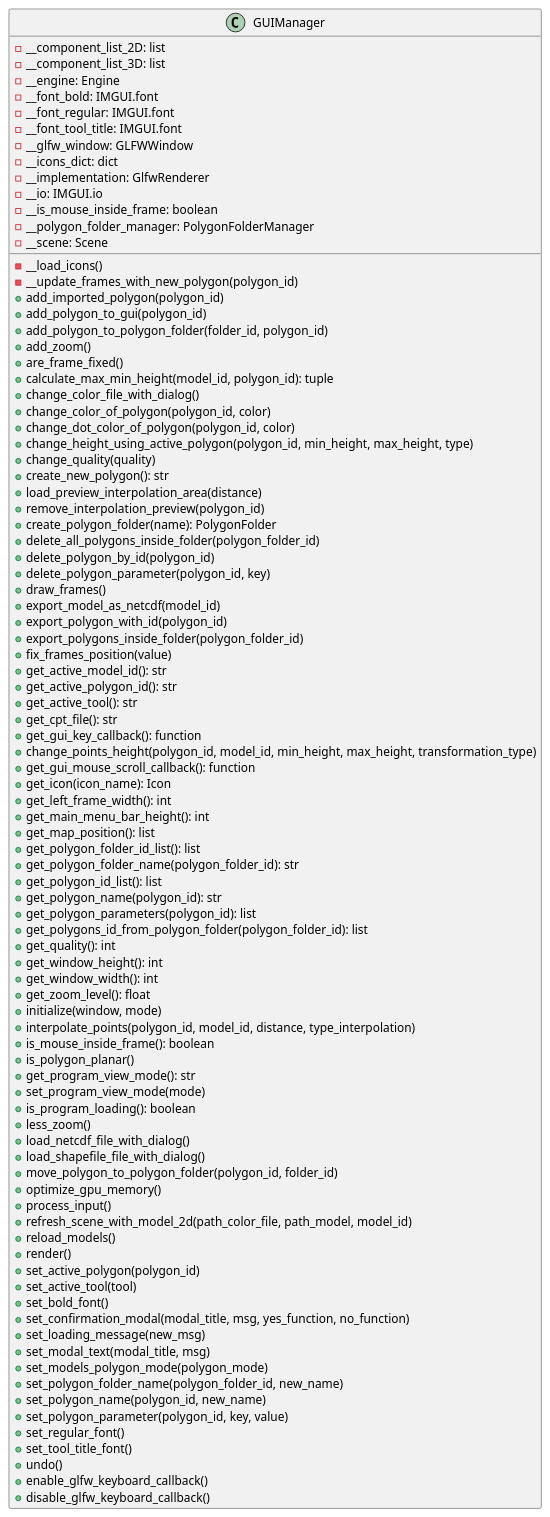
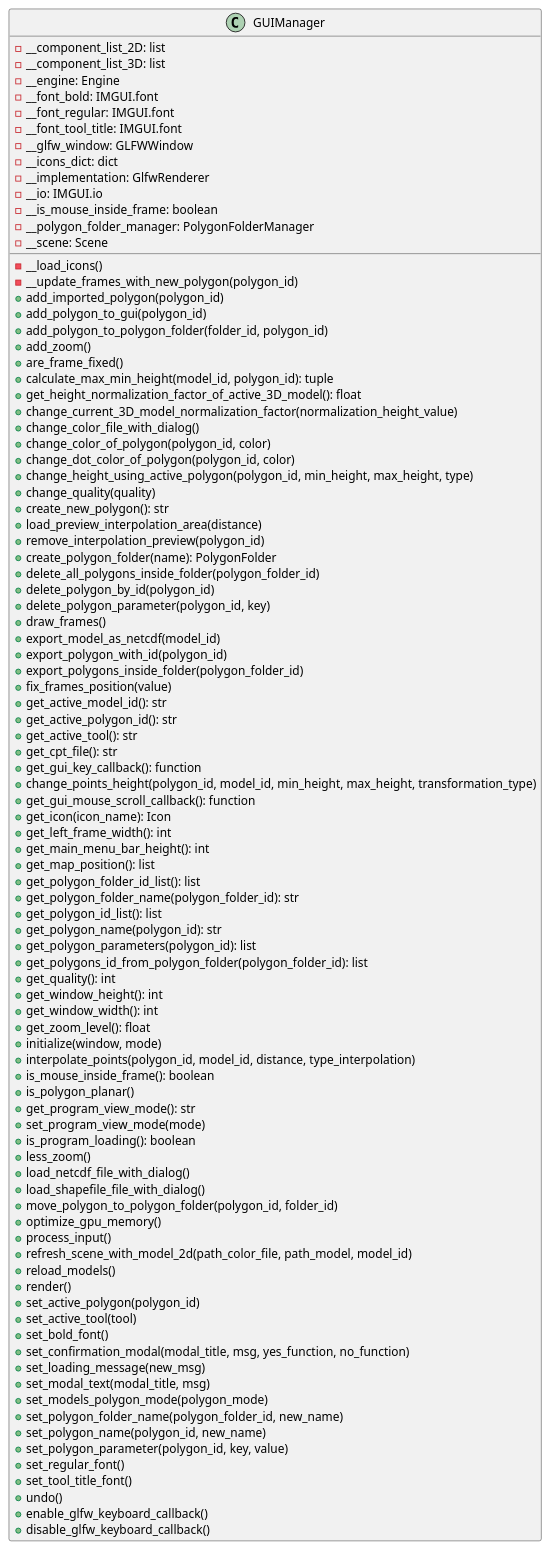
Before and after one commit to ferpoble2/Relief_Creator: the diagram in docs/classes/GUIManager.puml, drawn with PlantUML. The commit also changed 9 other files, not shown here.

Commit message:
Added functionality to change the normalization value from the GUI in the 3D mode

```diff
--- a/docs/classes/GUIManager.puml
+++ b/docs/classes/GUIManager.puml
@@ -1,96 +1,98 @@
 @startuml
 'https://plantuml.com/class-diagram
 class GUIManager{
     - __component_list_2D: list
     - __component_list_3D: list
     - __engine: Engine
     - __font_bold: IMGUI.font
     - __font_regular: IMGUI.font
     - __font_tool_title: IMGUI.font
     - __glfw_window: GLFWWindow
     - __icons_dict: dict
     - __implementation: GlfwRenderer
     - __io: IMGUI.io
     - __is_mouse_inside_frame: boolean
     - __polygon_folder_manager: PolygonFolderManager
     - __scene: Scene
 
     - __load_icons()
     - __update_frames_with_new_polygon(polygon_id)
     + add_imported_polygon(polygon_id)
     + add_polygon_to_gui(polygon_id)
     + add_polygon_to_polygon_folder(folder_id, polygon_id)
     + add_zoom()
     + are_frame_fixed()
     + calculate_max_min_height(model_id, polygon_id): tuple
+    + get_height_normalization_factor_of_active_3D_model(): float
+    + change_current_3D_model_normalization_factor(normalization_height_value)
     + change_color_file_with_dialog()
     + change_color_of_polygon(polygon_id, color)
     + change_dot_color_of_polygon(polygon_id, color)
     + change_height_using_active_polygon(polygon_id, min_height, max_height, type)
     + change_quality(quality)
     + create_new_polygon(): str
     + load_preview_interpolation_area(distance)
     + remove_interpolation_preview(polygon_id)
     + create_polygon_folder(name): PolygonFolder
     + delete_all_polygons_inside_folder(polygon_folder_id)
     + delete_polygon_by_id(polygon_id)
     + delete_polygon_parameter(polygon_id, key)
     + draw_frames()
     + export_model_as_netcdf(model_id)
     + export_polygon_with_id(polygon_id)
     + export_polygons_inside_folder(polygon_folder_id)
     + fix_frames_position(value)
     + get_active_model_id(): str
     + get_active_polygon_id(): str
     + get_active_tool(): str
     + get_cpt_file(): str
     + get_gui_key_callback(): function
     + change_points_height(polygon_id, model_id, min_height, max_height, transformation_type)
     + get_gui_mouse_scroll_callback(): function
     + get_icon(icon_name): Icon
     + get_left_frame_width(): int
     + get_main_menu_bar_height(): int
     + get_map_position(): list
     + get_polygon_folder_id_list(): list
     + get_polygon_folder_name(polygon_folder_id): str
     + get_polygon_id_list(): list
     + get_polygon_name(polygon_id): str
     + get_polygon_parameters(polygon_id): list
     + get_polygons_id_from_polygon_folder(polygon_folder_id): list
     + get_quality(): int
     + get_window_height(): int
     + get_window_width(): int
     + get_zoom_level(): float
     + initialize(window, mode)
     + interpolate_points(polygon_id, model_id, distance, type_interpolation)
     + is_mouse_inside_frame(): boolean
     + is_polygon_planar()
     + get_program_view_mode(): str
     + set_program_view_mode(mode)
     + is_program_loading(): boolean
     + less_zoom()
     + load_netcdf_file_with_dialog()
     + load_shapefile_file_with_dialog()
     + move_polygon_to_polygon_folder(polygon_id, folder_id)
     + optimize_gpu_memory()
     + process_input()
     + refresh_scene_with_model_2d(path_color_file, path_model, model_id)
     + reload_models()
     + render()
     + set_active_polygon(polygon_id)
     + set_active_tool(tool)
     + set_bold_font()
     + set_confirmation_modal(modal_title, msg, yes_function, no_function)
     + set_loading_message(new_msg)
     + set_modal_text(modal_title, msg)
     + set_models_polygon_mode(polygon_mode)
     + set_polygon_folder_name(polygon_folder_id, new_name)
     + set_polygon_name(polygon_id, new_name)
     + set_polygon_parameter(polygon_id, key, value)
     + set_regular_font()
     + set_tool_title_font()
     + undo()
     + enable_glfw_keyboard_callback()
     + disable_glfw_keyboard_callback()
 }
 @enduml
```
